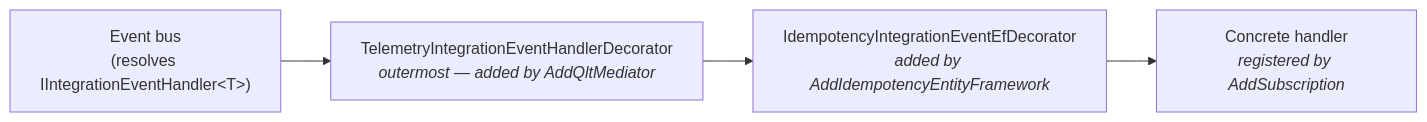
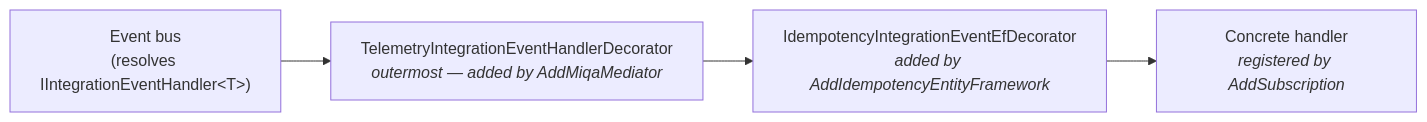
One commit to miquelalcaraz/Labs.ServicePlatform changed the third of 5 diagrams in docs/architecture/04-idempotency.md. Above: the diagram before and after it, drawn with Mermaid. The commit also changed other lines of this file and 1114 other files, not shown here.

Commit message:
refactor: rename namespaces from Qlt to Miqa

````diff
--- a/docs/architecture/04-idempotency.md
+++ b/docs/architecture/04-idempotency.md
@@ -144,7 +144,7 @@
 ```mermaid
 flowchart LR
     BUS["Event bus<br/>(resolves IIntegrationEventHandler#lt;T#gt;)"] --> TEL
-    TEL["TelemetryIntegrationEventHandlerDecorator<br/><i>outermost — added by AddQltMediator</i>"] --> IDEM
+    TEL["TelemetryIntegrationEventHandlerDecorator<br/><i>outermost — added by AddMiqaMediator</i>"] --> IDEM
     IDEM["IdempotencyIntegrationEventEfDecorator<br/><i>added by AddIdempotencyEntityFramework</i>"] --> H
     H["Concrete handler<br/><i>registered by AddSubscription</i>"]
 ```
````
